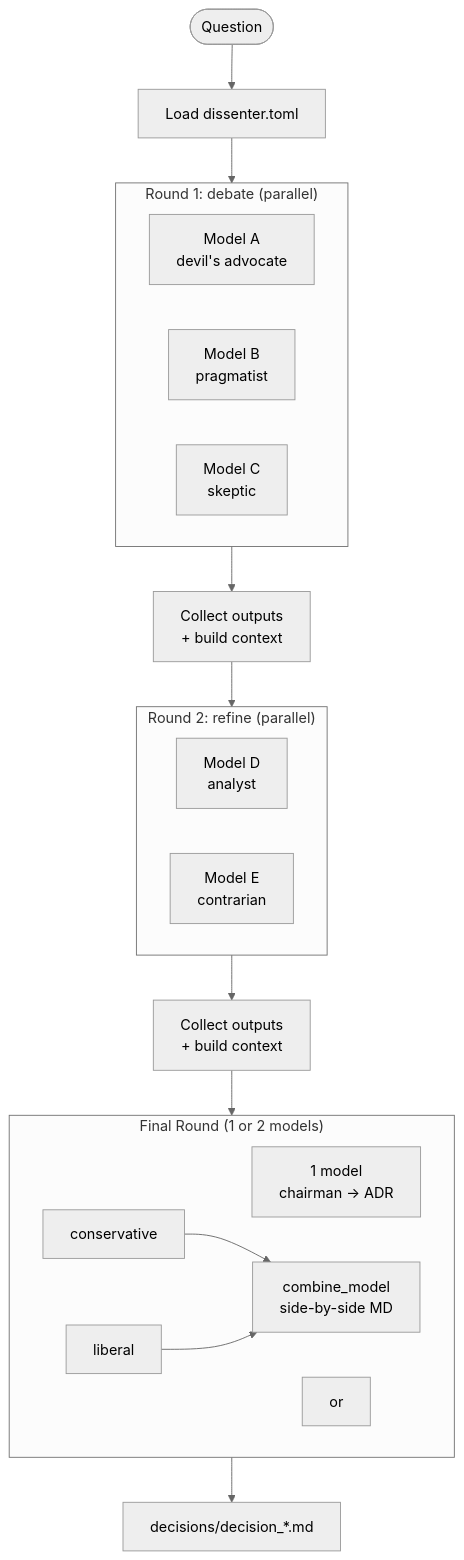
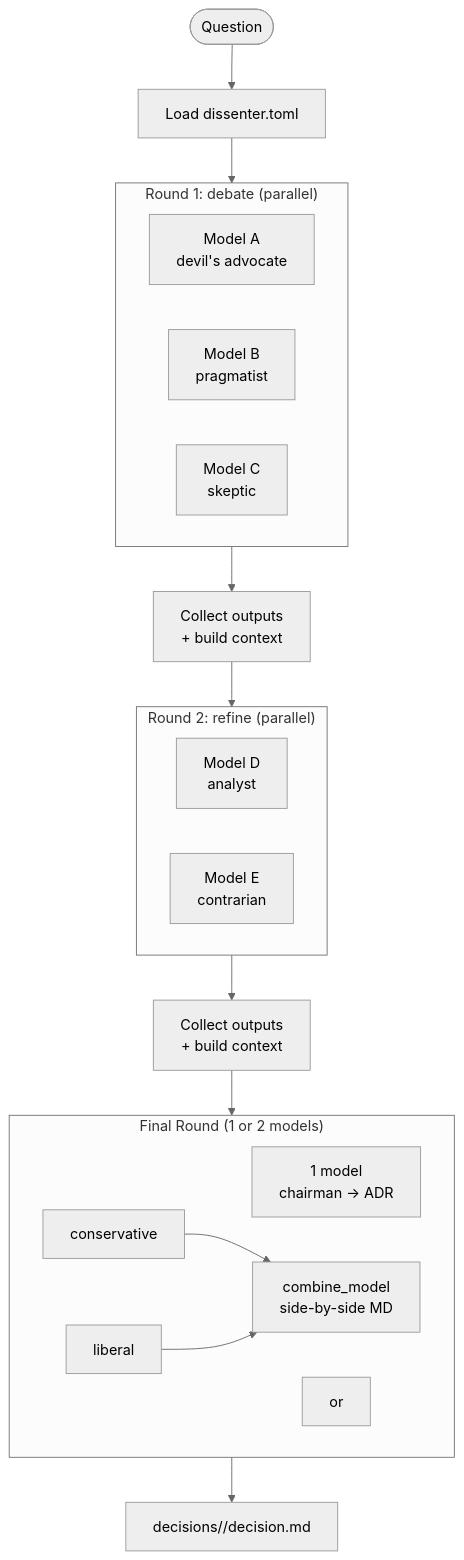
The diagram in README.md (PR0CK0/dissenter), drawn with Mermaid (neutral theme) before and after one commit. The commit also changed other lines of this file and 3 other files, not shown here.

````diff
--- a/README.md
+++ b/README.md
@@ -117,34 +116,34 @@
 ```mermaid
 flowchart TD
     Q([Question]) --> CFG[Load dissenter.toml]
     CFG --> R1
 
     subgraph R1["Round 1: debate (parallel)"]
         M1[Model A\ndevil's advocate]
         M2[Model B\npragmatist]
         M3[Model C\nskeptic]
     end
 
     R1 --> CTX1[Collect outputs\n+ build context]
     CTX1 --> R2
 
     subgraph R2["Round 2: refine (parallel)"]
         M4[Model D\nanalyst]
         M5[Model E\ncontrarian]
     end
 
     R2 --> CTX2[Collect outputs\n+ build context]
     CTX2 --> FINAL
 
     subgraph FINAL["Final Round (1 or 2 models)"]
         direction LR
         CHAIR["1 model\nchairman → ADR"]
         OR["or"]
         CON["conservative"]
         LIB["liberal"]
         CON --> COMBINE[combine_model\nside-by-side MD]
         LIB --> COMBINE
     end
 
-    FINAL --> OUT[decisions/decision_*.md]
+    FINAL --> OUT[decisions/<timestamp>/decision.md]
 ```
````
